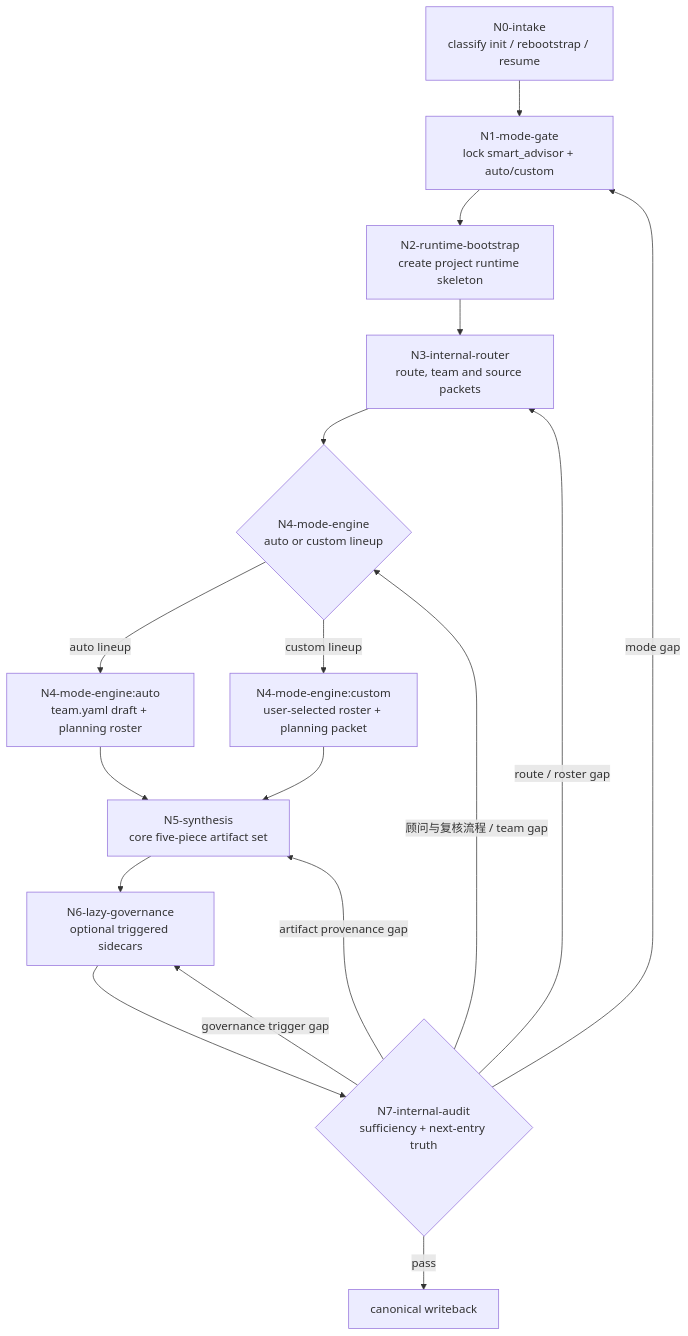
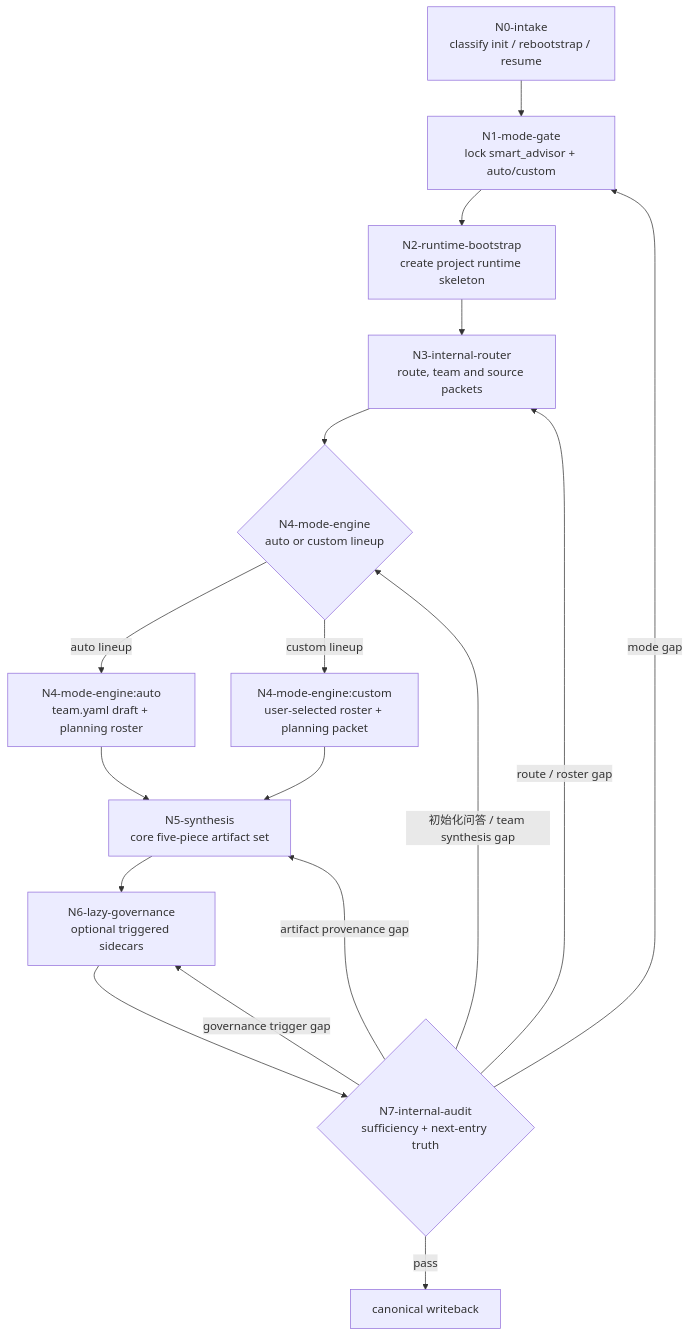
Before and after one commit to ZEN-VOID/AI-CUT: the diagram in .agents/skills/aigc/0-初始化/steps/init-workflow.md, drawn with Mermaid. The commit also changed other lines of this file and 1070 other files, not shown here.

````diff
--- a/.agents/skills/aigc/0-初始化/steps/init-workflow.md
+++ b/.agents/skills/aigc/0-初始化/steps/init-workflow.md
@@ -15,19 +15,19 @@
 ```mermaid
 flowchart TD
     N0["N0-intake<br/>classify init / rebootstrap / resume"] --> N1["N1-mode-gate<br/>lock smart_advisor + auto/custom"]
     N1 --> N2["N2-runtime-bootstrap<br/>create project runtime skeleton"]
     N2 --> N3["N3-internal-router<br/>route, team and source packets"]
     N3 --> N4{"N4-mode-engine<br/>auto or custom lineup"}
     N4 -->|"auto lineup"| N4A["N4-mode-engine:auto<br/>team.yaml draft + planning roster"]
     N4 -->|"custom lineup"| N4C["N4-mode-engine:custom<br/>user-selected roster + planning packet"]
     N4A --> N5["N5-synthesis<br/>core five-piece artifact set"]
     N4C --> N5
     N5 --> N6["N6-lazy-governance<br/>optional triggered sidecars"]
     N6 --> N7{"N7-internal-audit<br/>sufficiency + next-entry truth"}
     N7 -->|"pass"| W["canonical writeback"]
     N7 -->|"mode gap"| N1
     N7 -->|"route / roster gap"| N3
-    N7 -->|"顾问与复核流程 / team gap"| N4
+    N7 -->|"初始化问答 / team synthesis gap"| N4
     N7 -->|"artifact provenance gap"| N5
     N7 -->|"governance trigger gap"| N6
 ```
````
